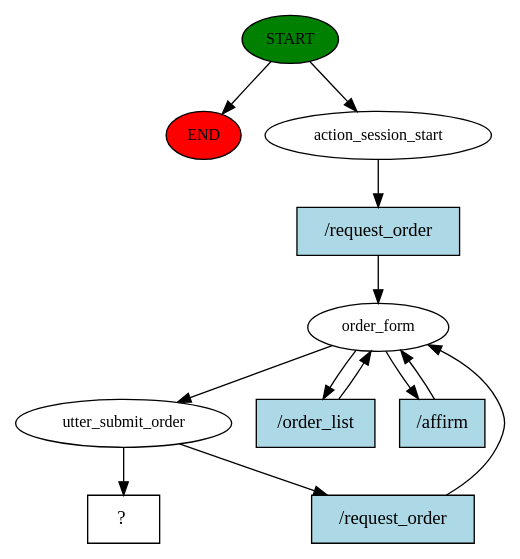
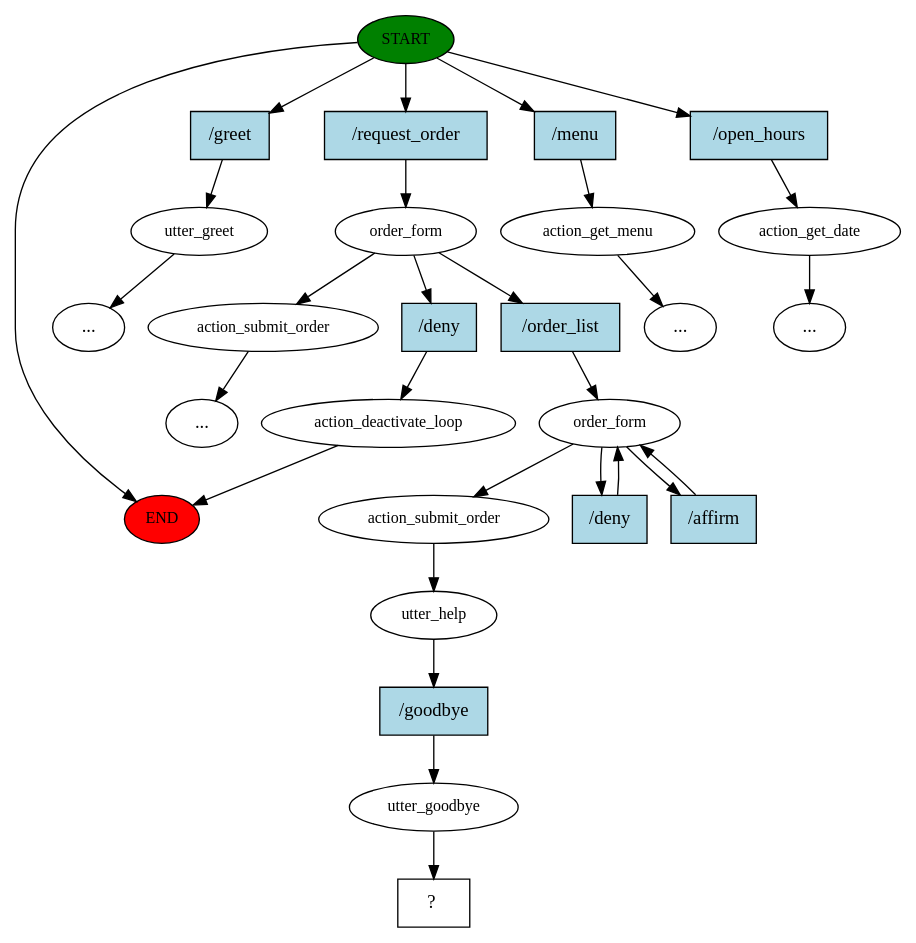
The diagram in Zadanie2/story_graph.dot (Matthmul/Skrypty), drawn with Graphviz before and after one commit. The commit also changed 16 other files, not shown here.

```diff
--- a/Zadanie2/story_graph.dot
+++ b/Zadanie2/story_graph.dot
@@ -1,24 +1,56 @@
 digraph  {
 0 [class="start active", fillcolor=green, fontsize=12, label=START, style=filled];
 "-1" [class=end, fillcolor=red, fontsize=12, label=END, style=filled];
-1 [class=active, fontsize=12, label=action_session_start];
+1 [class="", fontsize=12, label=utter_greet];
 2 [class=active, fontsize=12, label=order_form];
-4 [class=active, fontsize=12, label=utter_submit_order];
-9 [class="intent dashed active", label="  ?  ", shape=rect];
-10 [class="intent active", fillcolor=lightblue, label="/request_order", shape=rect, style=filled];
-11 [class="intent active", fillcolor=lightblue, label="/order_list", shape=rect, style=filled];
-12 [class="intent active", fillcolor=lightblue, label="/affirm", shape=rect, style=filled];
-13 [class="intent active", fillcolor=lightblue, label="/request_order", shape=rect, style=filled];
+3 [class="", fontsize=12, label=action_submit_order];
+4 [class="", fontsize=12, label=action_get_menu];
+5 [class="", fontsize=12, label=action_get_date];
+"-6" [class=ellipsis, label="..."];
+"-7" [class=ellipsis, label="..."];
+"-10" [class=ellipsis, label="..."];
+"-14" [class=ellipsis, label="..."];
+17 [class="", fontsize=12, label=action_deactivate_loop];
+19 [class=active, fontsize=12, label=order_form];
+22 [class=active, fontsize=12, label=action_submit_order];
+23 [class=active, fontsize=12, label=utter_help];
+24 [class=active, fontsize=12, label=utter_goodbye];
+25 [class="intent dashed active", label="  ?  ", shape=rect];
+26 [class=intent, fillcolor=lightblue, label="/greet", shape=rect, style=filled];
+27 [class="intent active", fillcolor=lightblue, label="/request_order", shape=rect, style=filled];
+28 [class=intent, fillcolor=lightblue, label="/menu", shape=rect, style=filled];
+29 [class=intent, fillcolor=lightblue, label="/open_hours", shape=rect, style=filled];
+30 [class=intent, fillcolor=lightblue, label="/deny", shape=rect, style=filled];
+31 [class="intent active", fillcolor=lightblue, label="/order_list", shape=rect, style=filled];
+32 [class="intent active", fillcolor=lightblue, label="/deny", shape=rect, style=filled];
+33 [class="intent active", fillcolor=lightblue, label="/affirm", shape=rect, style=filled];
+34 [class="intent active", fillcolor=lightblue, label="/goodbye", shape=rect, style=filled];
 0 -> "-1"  [class="", key=NONE, label=""];
-0 -> 1  [class=active, key=NONE, label=""];
-1 -> 10  [class=active, key=0];
-2 -> 4  [class=active, key=NONE, label=""];
-2 -> 11  [class=active, key=0];
-2 -> 12  [class=active, key=0];
-4 -> 9  [class=active, key=NONE, label=""];
-4 -> 13  [class=active, key=0];
-10 -> 2  [class=active, key=0];
-11 -> 2  [class=active, key=0];
-12 -> 2  [class=active, key=0];
-13 -> 2  [class=active, key=0];
+0 -> 26  [class="", key=0];
+0 -> 27  [class=active, key=0];
+0 -> 28  [class="", key=0];
+0 -> 29  [class="", key=0];
+1 -> "-14"  [class="", key=NONE, label=""];
+2 -> 3  [class="", key=NONE, label=""];
+2 -> 30  [class="", key=0];
+2 -> 31  [class=active, key=0];
+3 -> "-10"  [class="", key=NONE, label=""];
+4 -> "-7"  [class="", key=NONE, label=""];
+5 -> "-6"  [class="", key=NONE, label=""];
+17 -> "-1"  [class="", key=NONE, label=""];
+19 -> 22  [class=active, key=NONE, label=""];
+19 -> 32  [class=active, key=0];
+19 -> 33  [class=active, key=0];
+22 -> 23  [class=active, key=NONE, label=""];
+23 -> 34  [class=active, key=0];
+24 -> 25  [class=active, key=NONE, label=""];
+26 -> 1  [class="", key=0];
+27 -> 2  [class=active, key=0];
+28 -> 4  [class="", key=0];
+29 -> 5  [class="", key=0];
+30 -> 17  [class="", key=0];
+31 -> 19  [class=active, key=0];
+32 -> 19  [class=active, key=0];
+33 -> 19  [class=active, key=0];
+34 -> 24  [class=active, key=0];
 }
```
